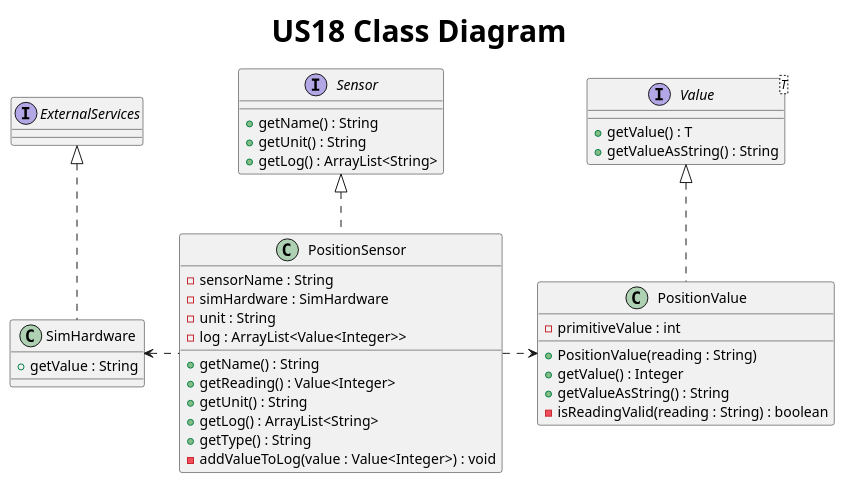
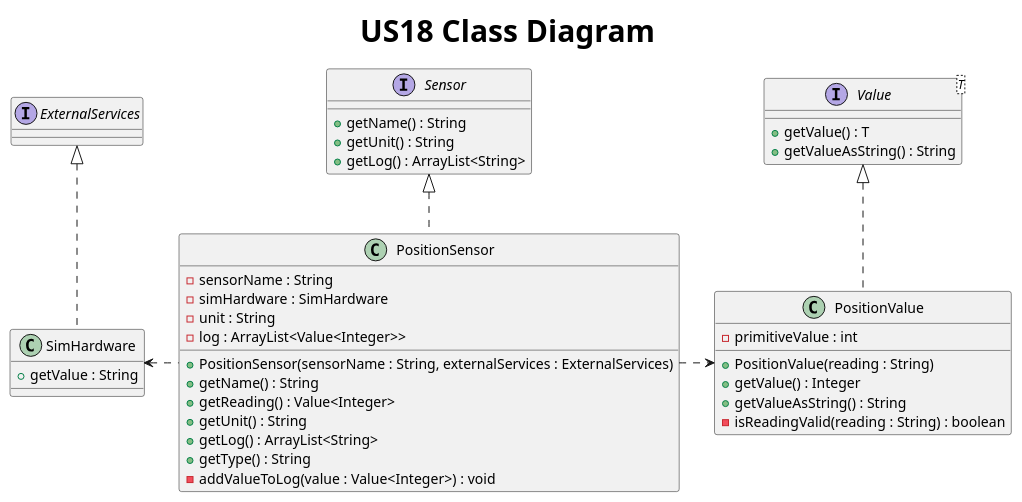
Before and after one commit to AfonsoNeves77/smartHouse: the diagram in Docs/US18/S3US18ClassDiagram.puml, drawn with PlantUML. The commit also changed 4 other files, not shown here.

Commit message:
Team review: added sensor constructor methods to sensor class diagrams US17-21

```diff
--- a/Docs/US18/S3US18ClassDiagram.puml
+++ b/Docs/US18/S3US18ClassDiagram.puml
@@ -1,52 +1,53 @@
 @startuml
 title <size: 30> US18 Class Diagram
 
 interface Sensor {
     + getName() : String
     + getUnit() : String
     + getLog() : ArrayList<String>
 }
 
 interface Value<T> {
     + getValue() : T
     + getValueAsString() : String
 }
 
 interface ExternalServices {
 
 }
 
 class PositionSensor{
     - sensorName : String
     - simHardware : SimHardware
     - unit : String
     - log : ArrayList<Value<Integer>>
 
+    + PositionSensor(sensorName : String, externalServices : ExternalServices)
     + getName() : String
     + getReading() : Value<Integer>
     + getUnit() : String
     + getLog() : ArrayList<String>
     + getType() : String
     - addValueToLog(value : Value<Integer>) : void
 }
 
 class PositionValue{
     - primitiveValue : int
 
     + PositionValue(reading : String)
     + getValue() : Integer
     + getValueAsString() : String
     - isReadingValid(reading : String) : boolean
 }
 
 class SimHardware{
     + getValue : String
 }
 
 Value <|.. PositionValue
 Sensor <|.. PositionSensor
 ExternalServices <|.. SimHardware
 PositionSensor .right.> PositionValue
 PositionSensor .left.> SimHardware
 
 @enduml
```
